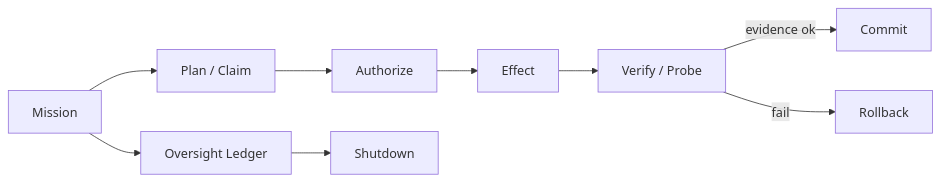
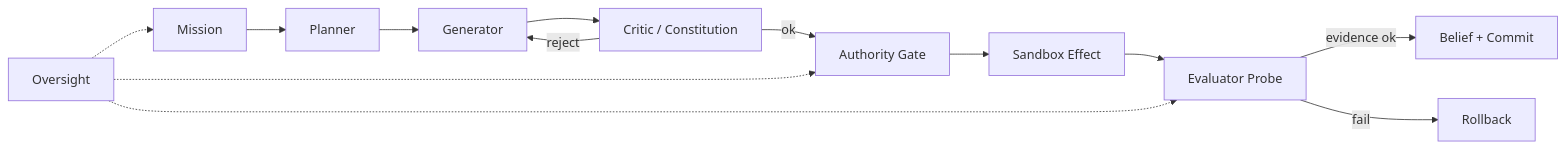
One commit to MAGA2010/AI-time-run changed the diagram in README.md. Above: the diagram before and after it, drawn with Mermaid. The commit also changed other lines of this file and 15 other files, not shown here.

Commit message:
Expand to managed-agent runtime: brain/hands decoupling, P-G-E-Critic loop, constitution

````diff
--- a/README.md
+++ b/README.md
@@ -40,11 +42,15 @@
 ```mermaid
 flowchart LR
-  M[Mission] --> P[Plan / Claim]
-  P --> A[Authorize]
-  A --> E[Effect]
-  E --> V[Verify / Probe]
-  V -->|evidence ok| C[Commit]
-  V -->|fail| R[Rollback]
-  M --> O[Oversight Ledger]
-  O --> S[Shutdown]
+  M[Mission] --> P[Planner]
+  P --> G[Generator]
+  G --> C[Critic / Constitution]
+  C -->|reject| G
+  C -->|ok| A[Authority Gate]
+  A --> S[Sandbox Effect]
+  S --> E[Evaluator Probe]
+  E -->|evidence ok| B[Belief + Commit]
+  E -->|fail| R[Rollback]
+  O[Oversight] -.-> M
+  O -.-> A
+  O -.-> E
 ```
````
